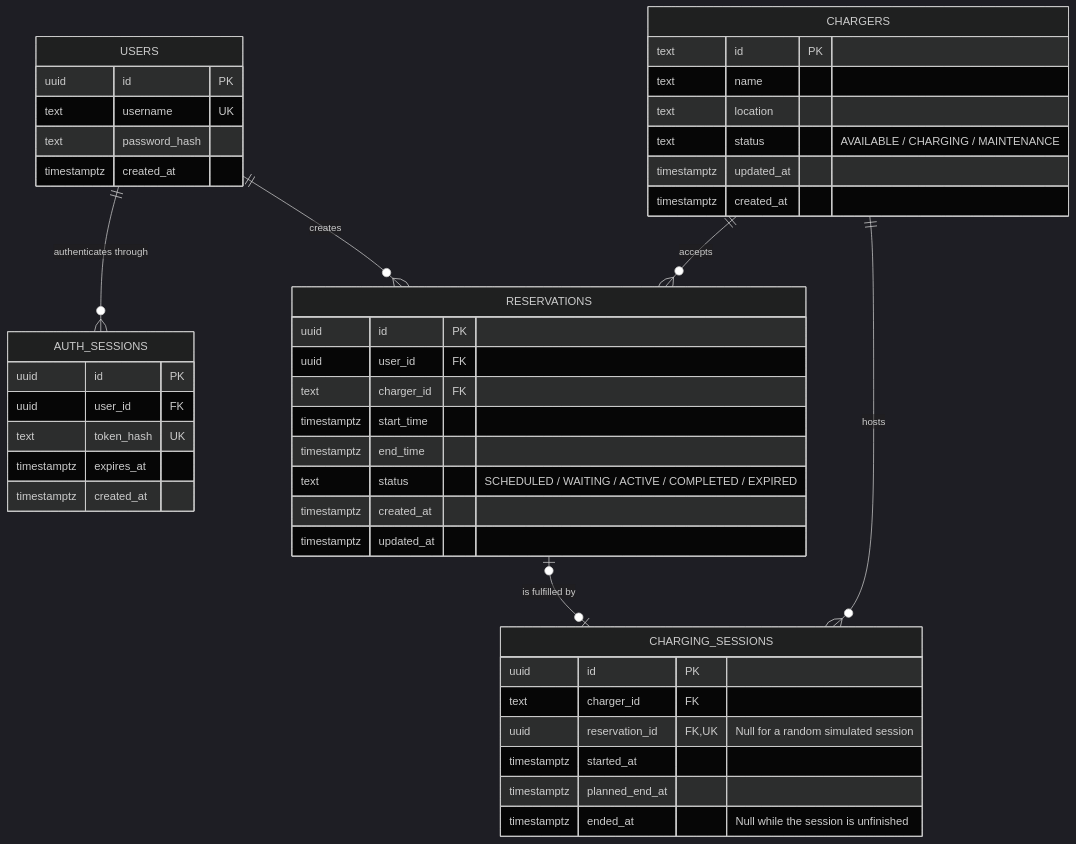
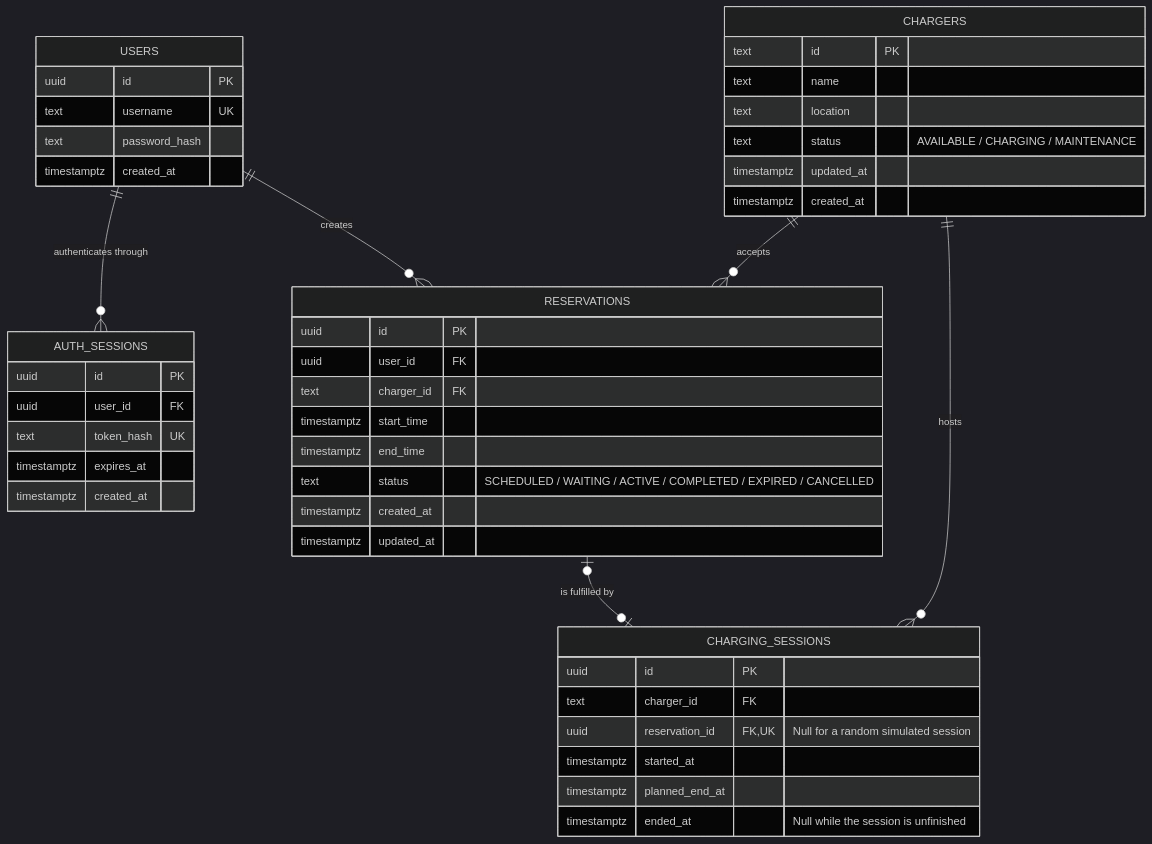
The diagram in ERD.md (ConnieLWY/EMB-assessment), drawn with Mermaid (dark theme) before and after one commit. The commit also changed other lines of this file and 38 other files, not shown here.

````diff
--- a/ERD.md
+++ b/ERD.md
@@ -5,48 +5,48 @@
 ```mermaid
 erDiagram
     USERS ||--o{ AUTH_SESSIONS : "authenticates through"
     USERS ||--o{ RESERVATIONS : "creates"
     CHARGERS ||--o{ RESERVATIONS : "accepts"
     CHARGERS ||--o{ CHARGING_SESSIONS : "hosts"
     RESERVATIONS o|--o| CHARGING_SESSIONS : "is fulfilled by"
 
     USERS {
         uuid id PK
         text username UK
         text password_hash
         timestamptz created_at
     }
     AUTH_SESSIONS {
         uuid id PK
         uuid user_id FK
         text token_hash UK
         timestamptz expires_at
         timestamptz created_at
     }
     CHARGERS {
         text id PK
         text name
         text location
         text status "AVAILABLE / CHARGING / MAINTENANCE"
         timestamptz updated_at
         timestamptz created_at
     }
     RESERVATIONS {
         uuid id PK
         uuid user_id FK
         text charger_id FK
         timestamptz start_time
         timestamptz end_time
-        text status "SCHEDULED / WAITING / ACTIVE / COMPLETED / EXPIRED"
+        text status "SCHEDULED / WAITING / ACTIVE / COMPLETED / EXPIRED / CANCELLED"
         timestamptz created_at
         timestamptz updated_at
     }
     CHARGING_SESSIONS {
         uuid id PK
         text charger_id FK
         uuid reservation_id FK,UK "Null for a random simulated session"
         timestamptz started_at
         timestamptz planned_end_at
         timestamptz ended_at "Null while the session is unfinished"
     }
 ```
````
